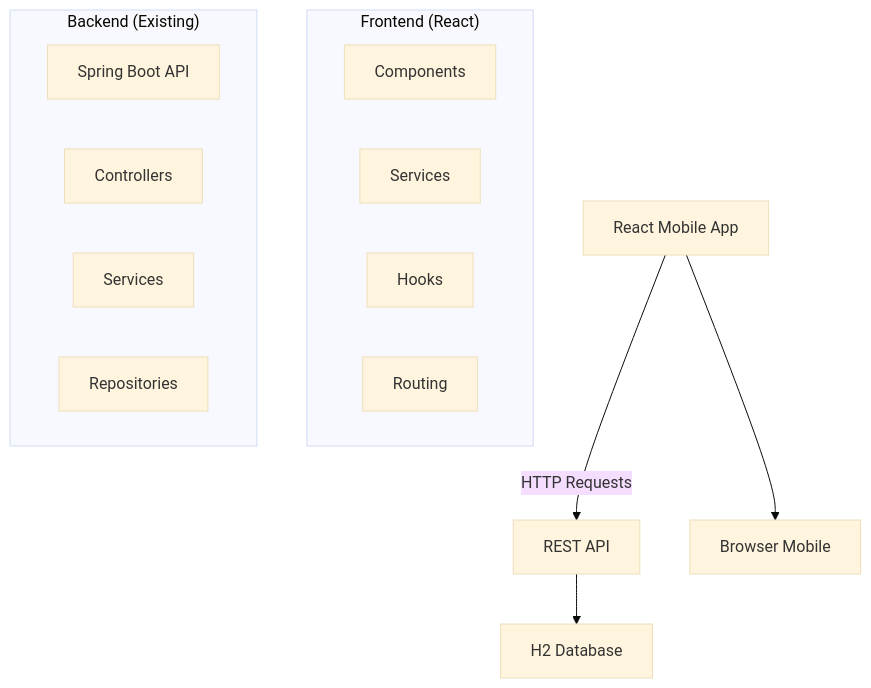
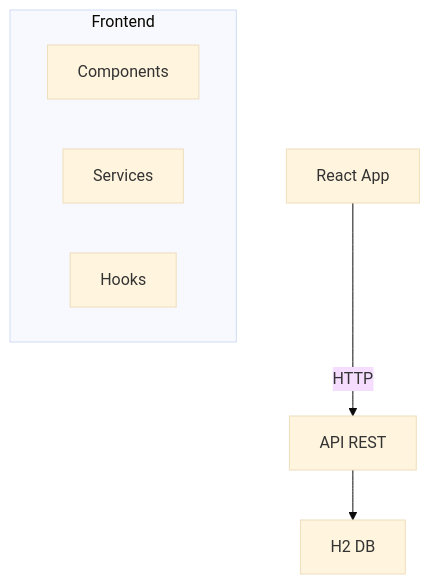
One commit to xhycko/cadpessoas_crud_react_mobile changed the diagram in .kiro/specs/crud-react-mobile/design.md. Above: the diagram before and after it, drawn with Mermaid (base theme). The commit also changed other lines of this file and 2 other files, not shown here.

````diff
--- a/.kiro/specs/crud-react-mobile/design.md
+++ b/.kiro/specs/crud-react-mobile/design.md
@@ -11,20 +9,11 @@
 ```mermaid
 graph TB
-    A[React Mobile App] -->|HTTP Requests| B[REST API]
-    B --> C[H2 Database]
-    A --> D[Browser Mobile]
+    A[React App] -->|HTTP| B[API REST]
+    B --> C[H2 DB]
     
-    subgraph "Frontend (React)"
-        E[Components]
-        F[Services]
-        G[Hooks]
-        H[Routing]
-    end
-    
-    subgraph "Backend (Existing)"
-        I[Spring Boot API]
-        J[Controllers]
-        K[Services]
-        L[Repositories]
+    subgraph "Frontend"
+        D[Components]
+        E[Services]
+        F[Hooks]
     end
 ```
````
